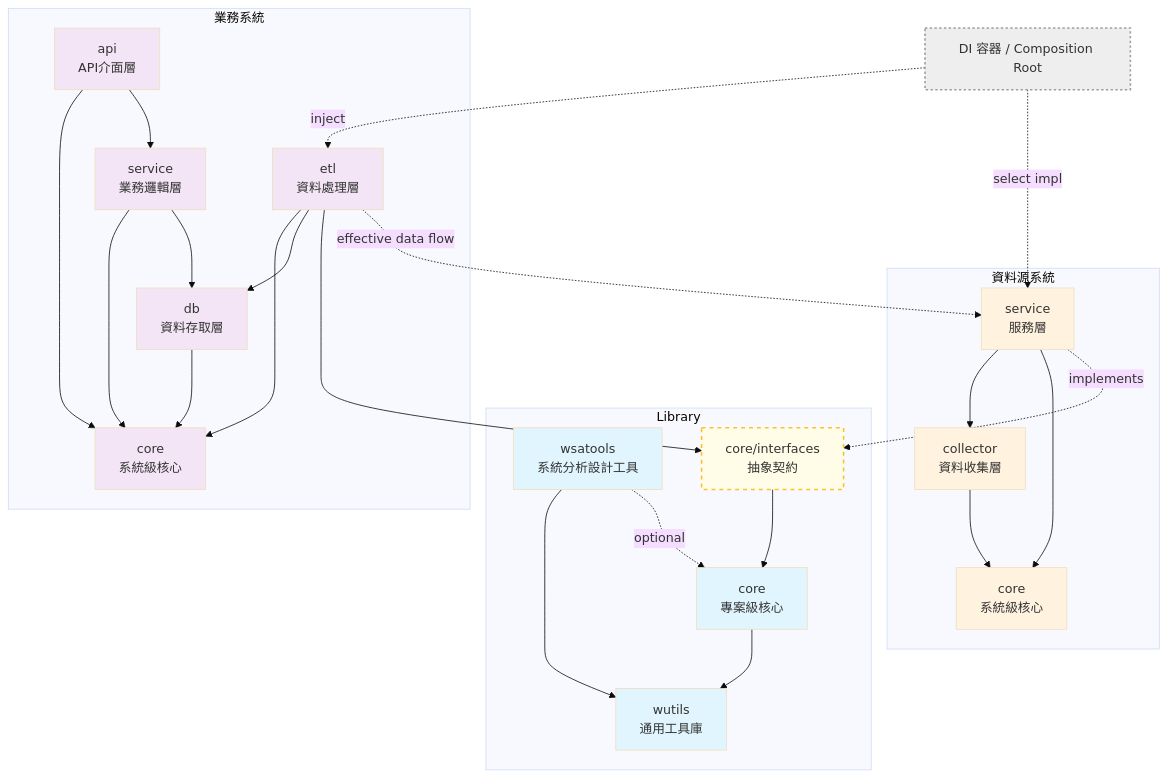
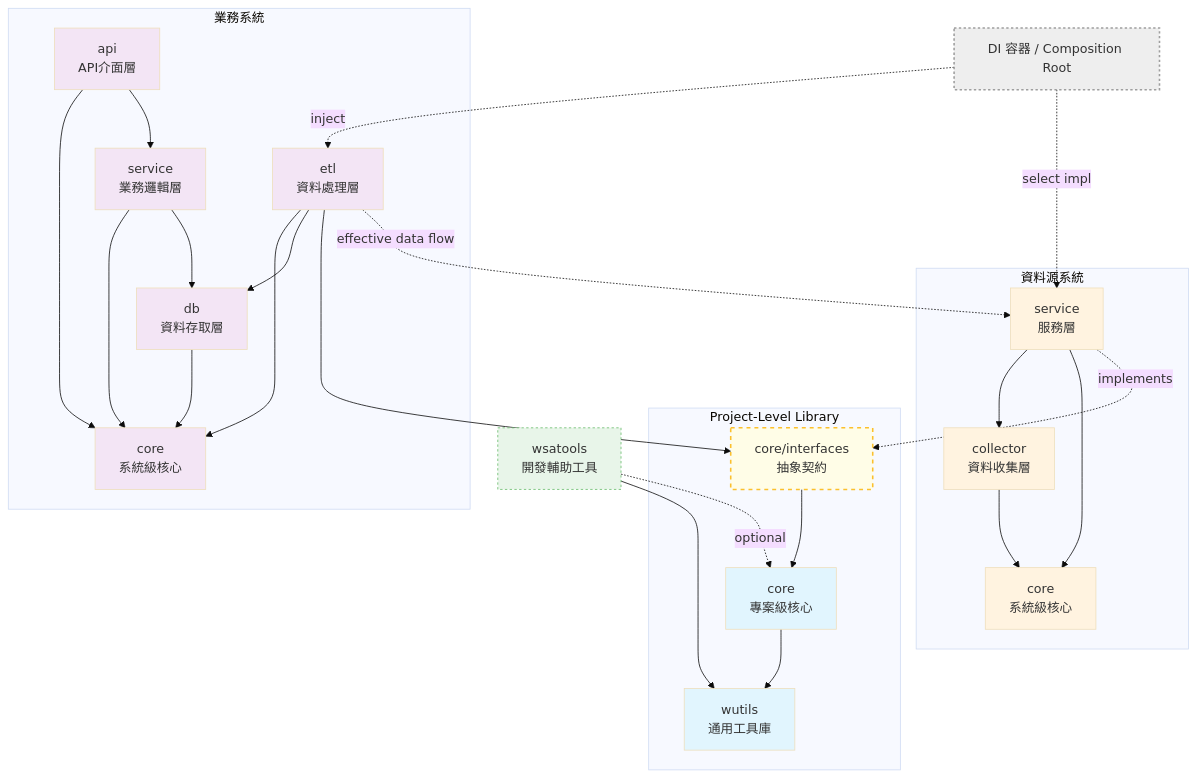
The first of 3 diagrams in docs/PROJECT_DESIGN-ARCHITECTURE.md (Wanini0209/wBiSaProj), drawn with Mermaid (base theme) before and after one commit. The commit also changed other lines of this file and 4 other files, not shown here.

First line of the commit message:
docs(project): remove wsatools from project-level library classification

````diff
--- a/docs/PROJECT_DESIGN-ARCHITECTURE.md
+++ b/docs/PROJECT_DESIGN-ARCHITECTURE.md
@@ -195,63 +198,67 @@
 ```mermaid
 graph TD
-    %% Library
-    subgraph "Library"
+    %% Project-Level Library
+    subgraph "Project-Level Library"
         wutils[wutils<br/>通用工具庫]
         core[core<br/>專案級核心]
-        wsatools[wsatools<br/>系統分析設計工具]
         core --> wutils
-        wsatools --> wutils
-        wsatools -.->|optional| core
 
         core_interfaces[core/interfaces<br/>抽象契約]:::abstract
         core_interfaces --> core
     end
+
+    %% 開發輔助工具
+    wsatools[wsatools<br/>開發輔助工具]
+    wsatools --> wutils
+    wsatools -.->|optional| core
 
     %% 資料源系統
     subgraph "資料源系統"
         ds_core[core<br/>系統級核心]
         ds_collector[collector<br/>資料收集層]
         ds_service[service<br/>服務層]
         ds_service --> ds_collector
         ds_collector --> ds_core
         ds_service --> ds_core
         ds_service -.->|implements| core_interfaces
     end
 
     %% 業務系統
     subgraph "業務系統"
         bs_core[core<br/>系統級核心]
         bs_etl[etl<br/>資料處理層]
         bs_db[db<br/>資料存取層]
         bs_service[service<br/>業務邏輯層]
         bs_api[api<br/>API介面層]
 
         bs_etl --> bs_core
         bs_etl --> bs_db
         bs_db --> bs_core
         bs_service --> bs_core
         bs_service --> bs_db
         bs_api --> bs_core
         bs_api --> bs_service
     end
 
     %% 關鍵跨系統依賴
     bs_etl --> core_interfaces
     bs_etl -.->|effective data flow| ds_service
 
     %% 執行期綁定
     DI[DI 容器 / Composition Root]:::runtime
     DI -.->|inject| bs_etl
     DI -.->|select impl| ds_service
 
     %% 樣式
     classDef library fill:#e1f5fe
+    classDef devtools fill:#e8f5e9,stroke:#66bb6a,stroke-width:1px,stroke-dasharray: 3
     classDef datasource fill:#fff3e0
     classDef business fill:#f3e5f5
     classDef abstract fill:#fffde7,stroke:#fbc02d,stroke-width:2px,stroke-dasharray: 5 5
     classDef runtime fill:#eeeeee,stroke:#9e9e9e,stroke-width:2px,stroke-dasharray: 3
 
-    class wutils,core,wsatools library
+    class wutils,core library
+    class wsatools devtools
     class ds_core,ds_collector,ds_service datasource
     class bs_core,bs_etl,bs_db,bs_service,bs_api business
 ```
````
